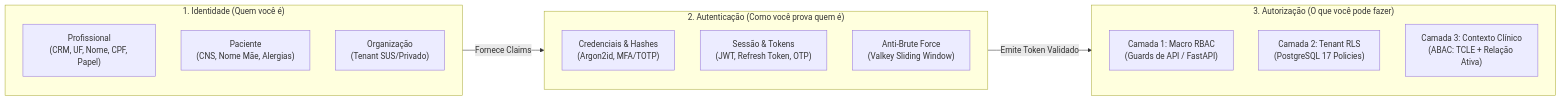
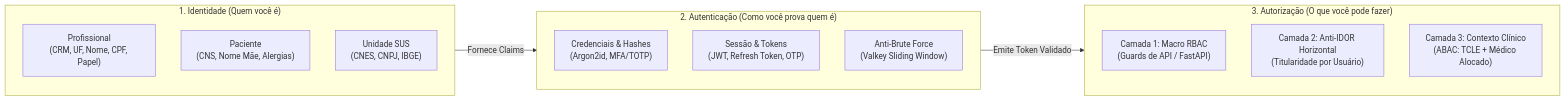
The first of 3 diagrams in docs/explanation/architecture/security-and-authorization.md (Rafaelp122/medisync), drawn with Mermaid before and after one commit. The commit also changed other lines of this file and 400 other files, not shown here.

````diff
--- a/docs/explanation/architecture/security-and-authorization.md
+++ b/docs/explanation/architecture/security-and-authorization.md
@@ -18,23 +18,23 @@
 ```mermaid
 flowchart LR
     subgraph Identity ["1. Identidade (Quem você é)"]
         Prof["Profissional<br/>(CRM, UF, Nome, CPF, Papel)"]
         Pac["Paciente<br/>(CNS, Nome Mãe, Alergias)"]
-        Org["Organização<br/>(Tenant SUS/Privado)"]
+        Uni["Unidade SUS<br/>(CNES, CNPJ, IBGE)"]
     end
 
     subgraph AuthN ["2. Autenticação (Como você prova quem é)"]
         Cred["Credenciais & Hashes<br/>(Argon2id, MFA/TOTP)"]
         Sess["Sessão & Tokens<br/>(JWT, Refresh Token, OTP)"]
         Rate["Anti-Brute Force<br/>(Valkey Sliding Window)"]
     end
 
     subgraph AuthZ ["3. Autorização (O que você pode fazer)"]
         RBAC["Camada 1: Macro RBAC<br/>(Guards de API / FastAPI)"]
-        RLS["Camada 2: Tenant RLS<br/>(PostgreSQL 17 Policies)"]
-        ABAC["Camada 3: Contexto Clínico<br/>(ABAC: TCLE + Relação Ativa)"]
+        IDOR["Camada 2: Anti-IDOR Horizontal<br/>(Titularidade por Usuário)"]
+        ABAC["Camada 3: Contexto Clínico<br/>(ABAC: TCLE + Médico Alocado)"]
     end
 
     Identity -->|Fornece Claims| AuthN
     AuthN -->|Emite Token Validado| AuthZ
 ```
````
